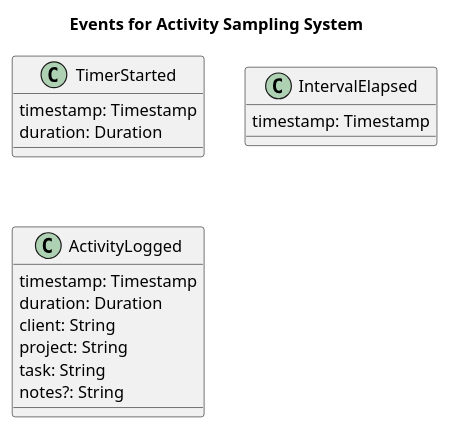
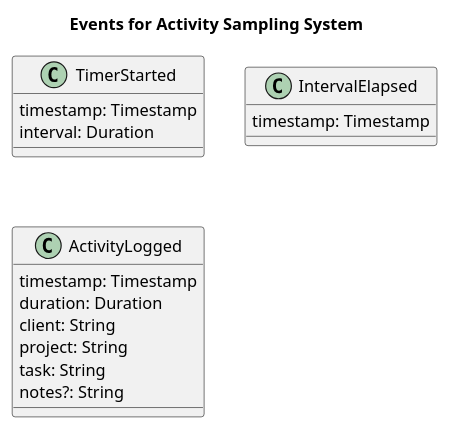
The diagram in doc/events.puml (falkoschumann/activity-sampling), drawn with PlantUML before and after one commit. The commit also changed 4 other files, not shown here.

```diff
--- a/doc/events.puml
+++ b/doc/events.puml
@@ -1,23 +1,23 @@
 @startuml
 
 title "Events for Activity Sampling System"
 
 class TimerStarted {
   timestamp: Timestamp
-  duration: Duration
+  interval: Duration
 }
 
 class IntervalElapsed {
   timestamp: Timestamp
 }
 
 class ActivityLogged {
   timestamp: Timestamp
   duration: Duration
   client: String
   project: String
   task: String
   notes?: String
 }
 
 @enduml
```
